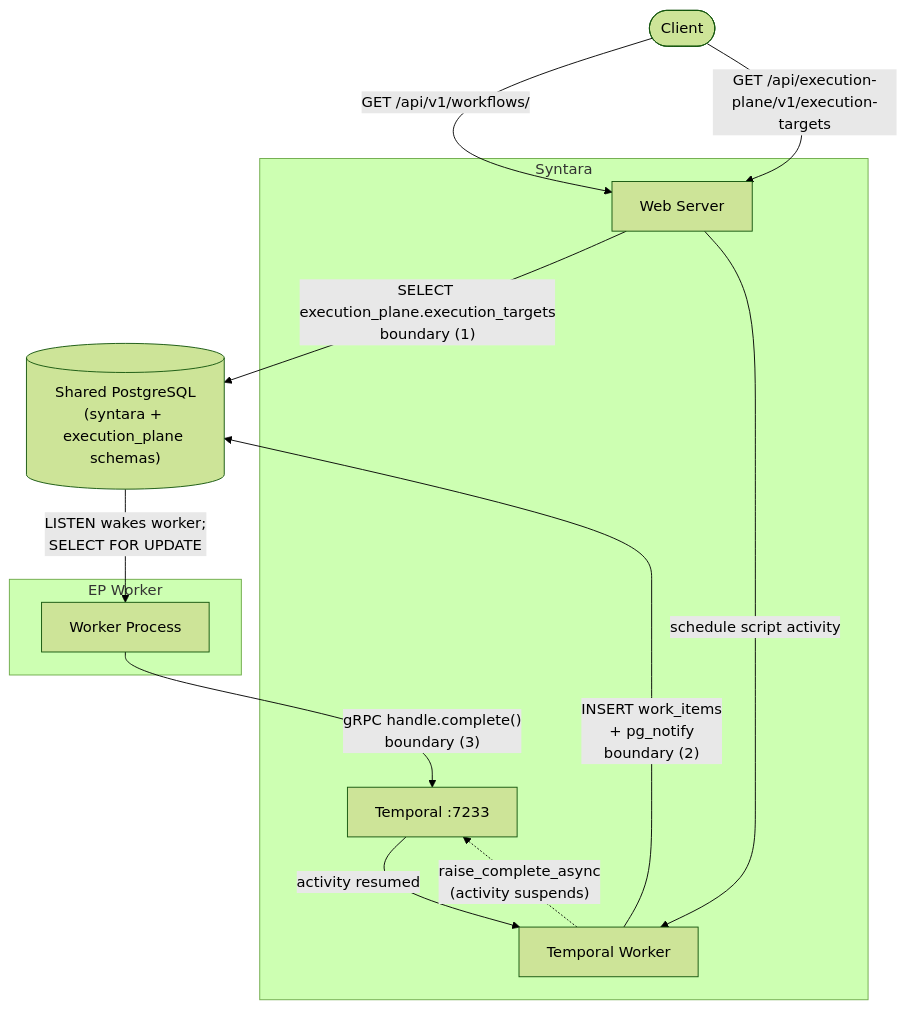
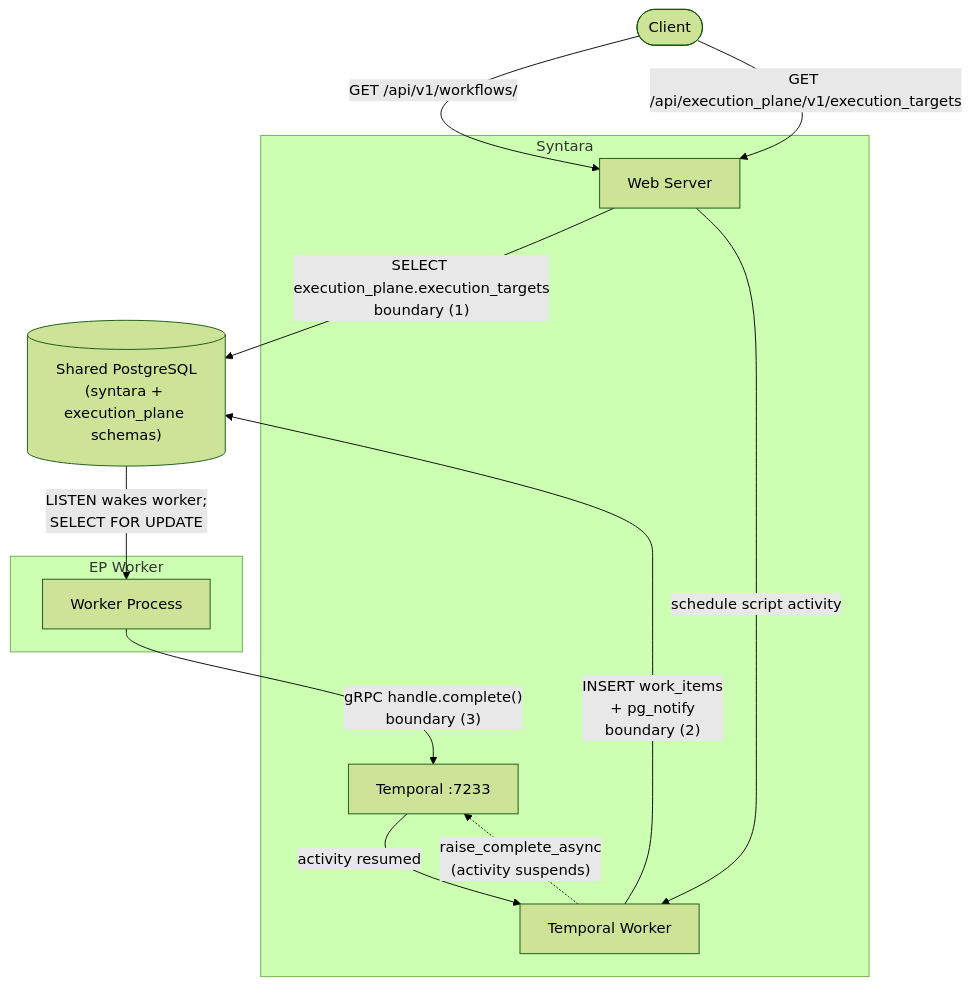
Before and after one commit to AlanCoding/syntara-execution-plane: the first of 2 diagrams in docs/integration.md, drawn with Mermaid (forest theme). The commit also changed other lines of this file and 2 other files, not shown here.

Commit message:
chore: Fix API paths and frontend client.

````diff
--- a/docs/integration.md
+++ b/docs/integration.md
@@ -39,27 +39,27 @@
 ```mermaid
 flowchart TD
     C([Client])
     DB[("Shared PostgreSQL\n(syntara + execution_plane schemas)")]
 
     subgraph syn["Syntara"]
         SW["Web Server"]
         STW["Temporal Worker"]
         T["Temporal :7233"]
     end
 
     subgraph ep["EP Worker"]
         EPW["Worker Process"]
     end
 
     C -->|"GET /api/v1/workflows/"| SW
-    C -->|"GET /api/execution-plane/v1/execution-targets"| SW
+    C -->|"GET /api/execution_plane/v1/execution_targets"| SW
     SW -->|"SELECT execution_plane.execution_targets\nboundary (1)"| DB
 
     SW -->|"schedule script activity"| STW
     STW -->|"INSERT work_items\n+ pg_notify\nboundary (2)"| DB
     STW -.->|"raise_complete_async\n(activity suspends)"| T
 
     DB -->|"LISTEN wakes worker;\nSELECT FOR UPDATE"| EPW
     EPW -->|"gRPC handle.complete()\nboundary (3)"| T
     T -->|"activity resumed"| STW
 ```
````
